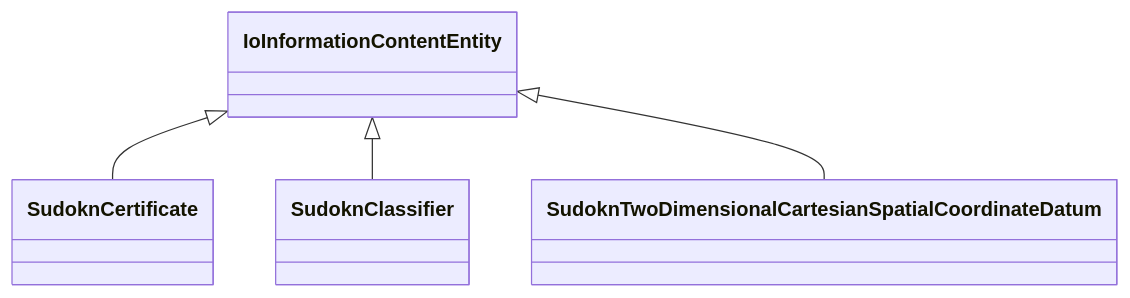
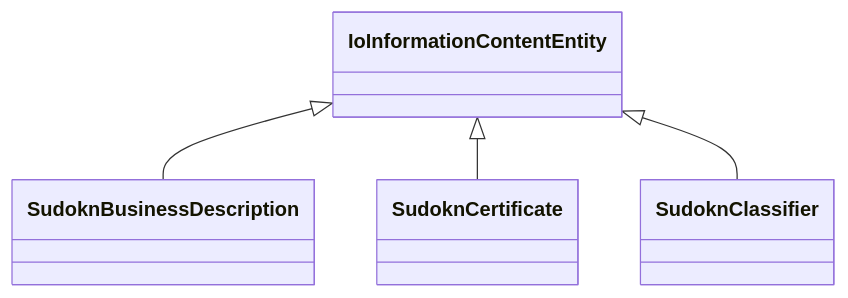
One commit to frink-okn/graph-descriptions changed the diagram in sudokn-kg/classes/IoInformationContentEntity.md. Above: the diagram before and after it, drawn with Mermaid. The commit also changed other lines of this file and 903 other files, not shown here.

````diff
--- a/sudokn-kg/classes/IoInformationContentEntity.md
+++ b/sudokn-kg/classes/IoInformationContentEntity.md
@@ -23,13 +16,13 @@
 ```mermaid
  classDiagram
     class IoInformationContentEntity
     click IoInformationContentEntity href "../IoInformationContentEntity"
+      IoInformationContentEntity <|-- SudoknBusinessDescription
+        click SudoknBusinessDescription href "../SudoknBusinessDescription"
       IoInformationContentEntity <|-- SudoknCertificate
         click SudoknCertificate href "../SudoknCertificate"
       IoInformationContentEntity <|-- SudoknClassifier
         click SudoknClassifier href "../SudoknClassifier"
-      IoInformationContentEntity <|-- SudoknTwoDimensionalCartesianSpatialCoordinateDatum
-        click SudoknTwoDimensionalCartesianSpatialCoordinateDatum href "../SudoknTwoDimensionalCartesianSpatialCoordinateDatum"
       
       
 ```
````
